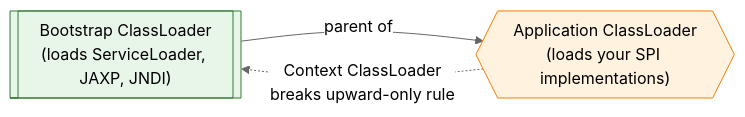
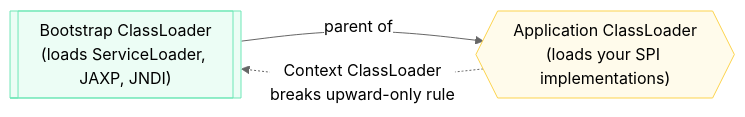
Before and after one commit to saivamsikaruturi/vamsilabs-dev-notes-main: the fourth of 4 diagrams in docs/java/ClassLoaders.md, drawn with Mermaid (neutral theme). The commit also changed other lines of this file and 220 other files, not shown here.

First line of the commit message:
Add 50+ new Java/Spring Boot pages, rewrite CSS code blocks to Oracle style, fix all diagram colors

````diff
--- a/docs/java/ClassLoaders.md
+++ b/docs/java/ClassLoaders.md
@@ -295,11 +295,11 @@
 ```mermaid
 flowchart LR
     BOOT[["Bootstrap ClassLoader<br/>(loads ServiceLoader, JAXP, JNDI)"]]
     APP{{"Application ClassLoader<br/>(loads your SPI implementations)"}}
 
     BOOT -->|"parent of"| APP
     APP -.->|"Context ClassLoader<br/>breaks upward-only rule"| BOOT
 
-    style BOOT fill:#e8f5e9,stroke:#2e7d32
-    style APP fill:#fff3e0,stroke:#f57c00
+    style BOOT fill:#ECFDF5,stroke:#6EE7B7
+    style APP fill:#FFFBEB,stroke:#FCD34D
 ```
````
